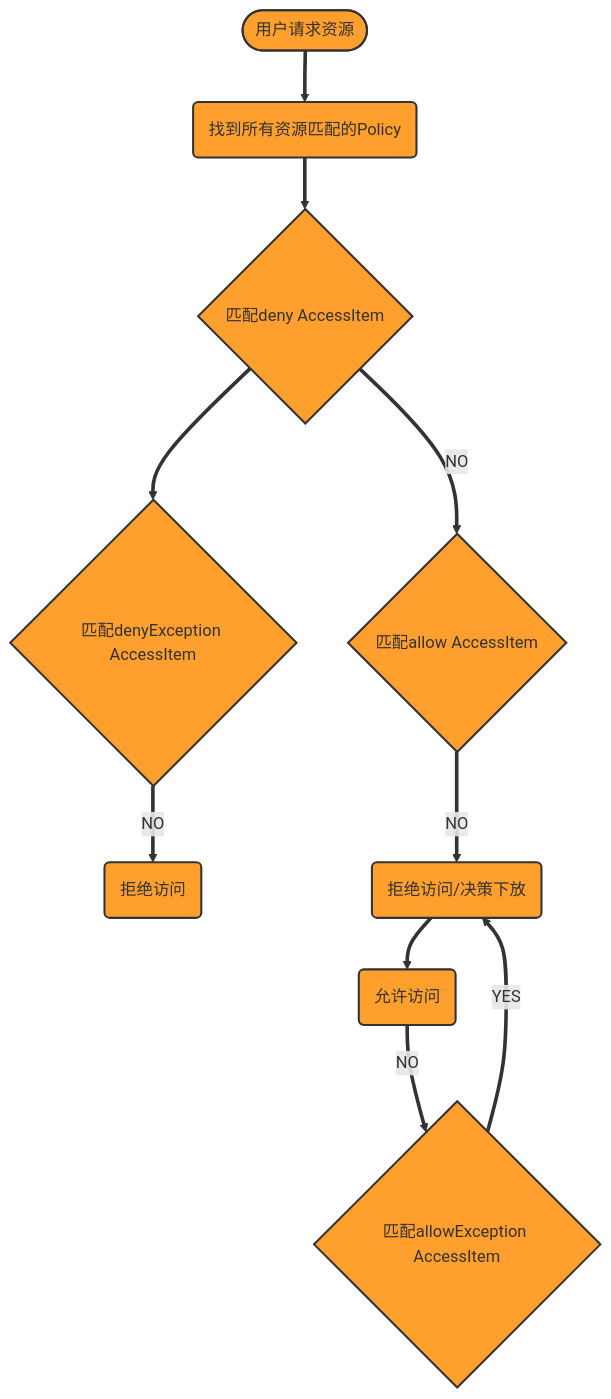
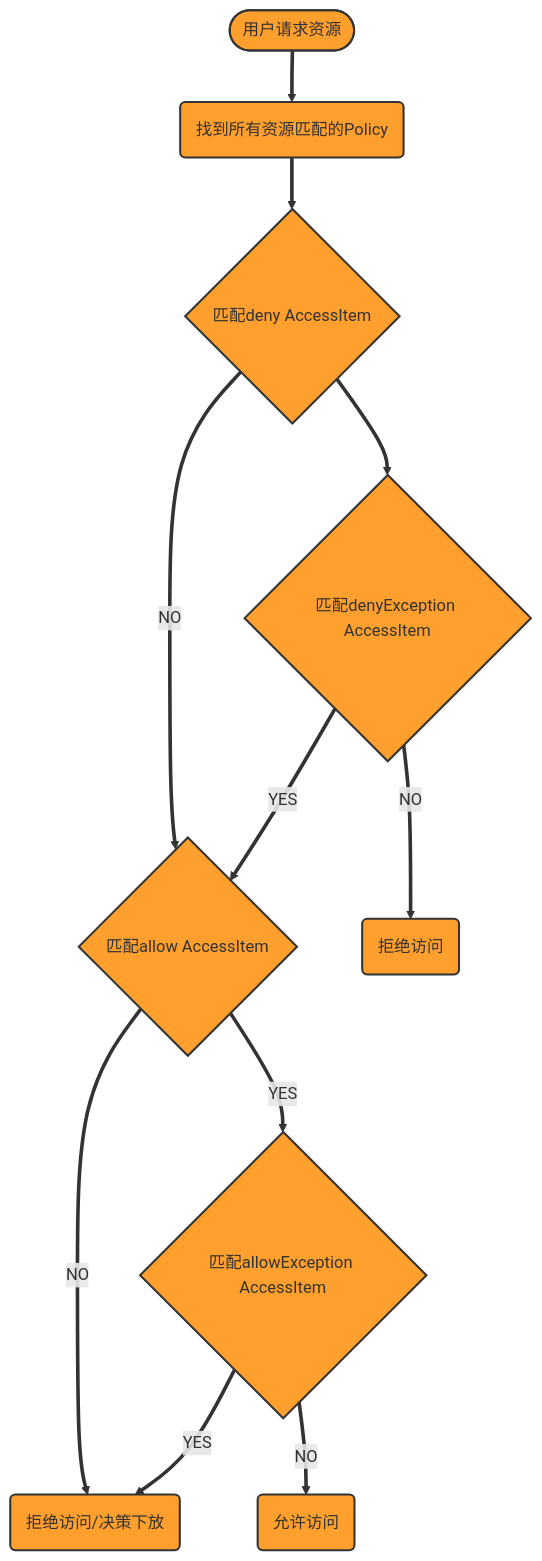
Before and after one commit to cftang/paddle-test: the diagram in chart.md, drawn with Mermaid.

````diff
--- a/chart.md
+++ b/chart.md
@@ -1,24 +1,25 @@
 ```mermaid
 graph TD
    A([用户请求资源])
  ==> B(找到所有资源匹配的Policy)
 ==> C{匹配deny AccessItem} == NO ==> F{匹配allow AccessItem}
 
 C ==> D{匹配denyException AccessItem} == NO ==> E(拒绝访问)
 
-F == NO ==> G(拒绝访问/决策下放)
+D == YES ==> F == NO ==> G(拒绝访问/决策下放)
 
-==> H(允许访问) == NO ==> I{匹配allowException AccessItem} == YES ==>G
+F ==YES ==> I{匹配allowException AccessItem} == YES ==>G
 
+I == NO  ==> H(允许访问) 
 
 	style A fill:#ff9f2e, stroke: #333, stroke-width: 2px;
 	style B fill:#ff9f2e, stroke: #333, stroke-width: 2px;
 	style C fill:#ff9f2e, stroke: #333, stroke-width: 2px;
 	style D fill:#ff9f2e, stroke: #333, stroke-width: 2px;
 	style E fill:#ff9f2e, stroke: #333, stroke-width: 2px;
 	style F fill:#ff9f2e, stroke: #333, stroke-width: 2px;
 	style G fill:#ff9f2e, stroke: #333, stroke-width: 2px;
 	style H fill:#ff9f2e, stroke: #333, stroke-width: 2px;
 	style I fill:#ff9f2e, stroke: #333, stroke-width: 2px;
 	
 ```
````
